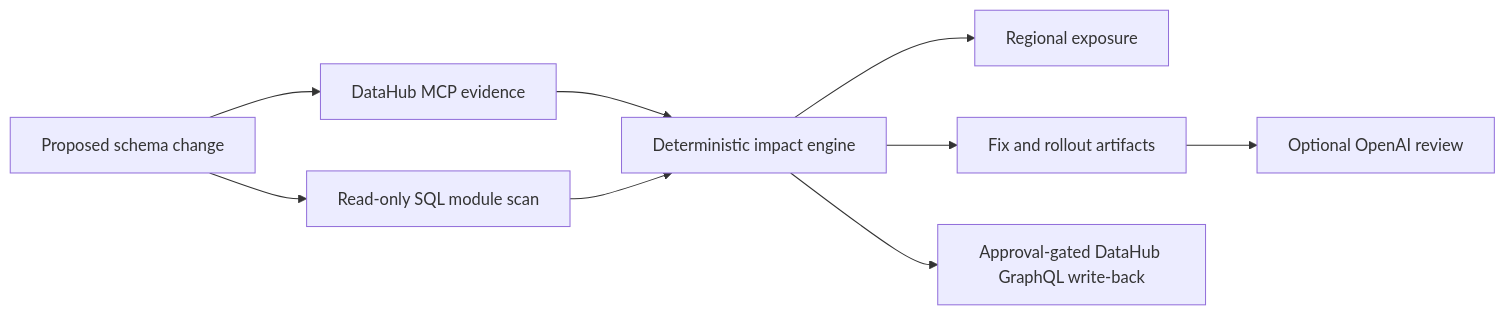
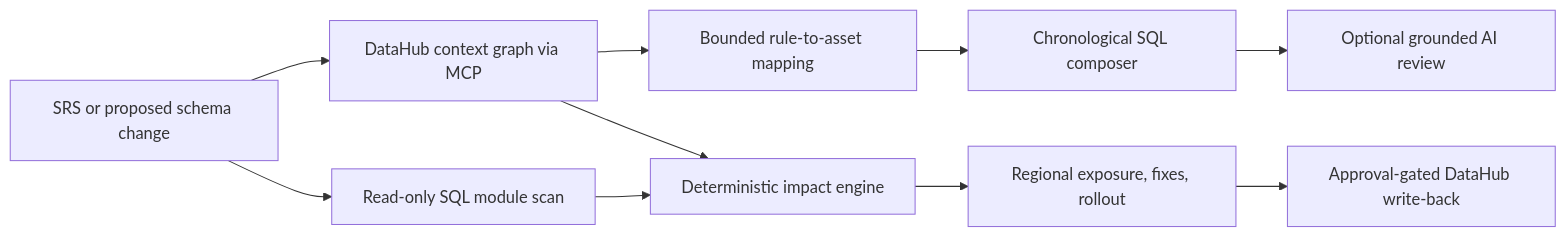
Before and after one commit to rishvaiyer/ChangeProof: the diagram in README.md, drawn with Mermaid. The commit also changed other lines of this file and 13 other files, not shown here.

````diff
--- a/README.md
+++ b/README.md
@@ -78,11 +86,12 @@
 ```mermaid
 flowchart LR
-    A["Proposed schema change"] --> B["DataHub MCP evidence"]
-    A --> C["Read-only SQL module scan"]
-    B --> D["Deterministic impact engine"]
-    C --> D
-    D --> E["Regional exposure"]
-    D --> F["Fix and rollout artifacts"]
-    F --> G["Optional OpenAI review"]
-    D --> H["Approval-gated DataHub GraphQL write-back"]
+    A["SRS or proposed schema change"] --> B["DataHub context graph via MCP"]
+    B --> C["Bounded rule-to-asset mapping"]
+    C --> D["Chronological SQL composer"]
+    A --> E["Read-only SQL module scan"]
+    B --> F["Deterministic impact engine"]
+    E --> F
+    F --> G["Regional exposure, fixes, rollout"]
+    D --> H["Optional grounded AI review"]
+    G --> I["Approval-gated DataHub write-back"]
 ```
````
